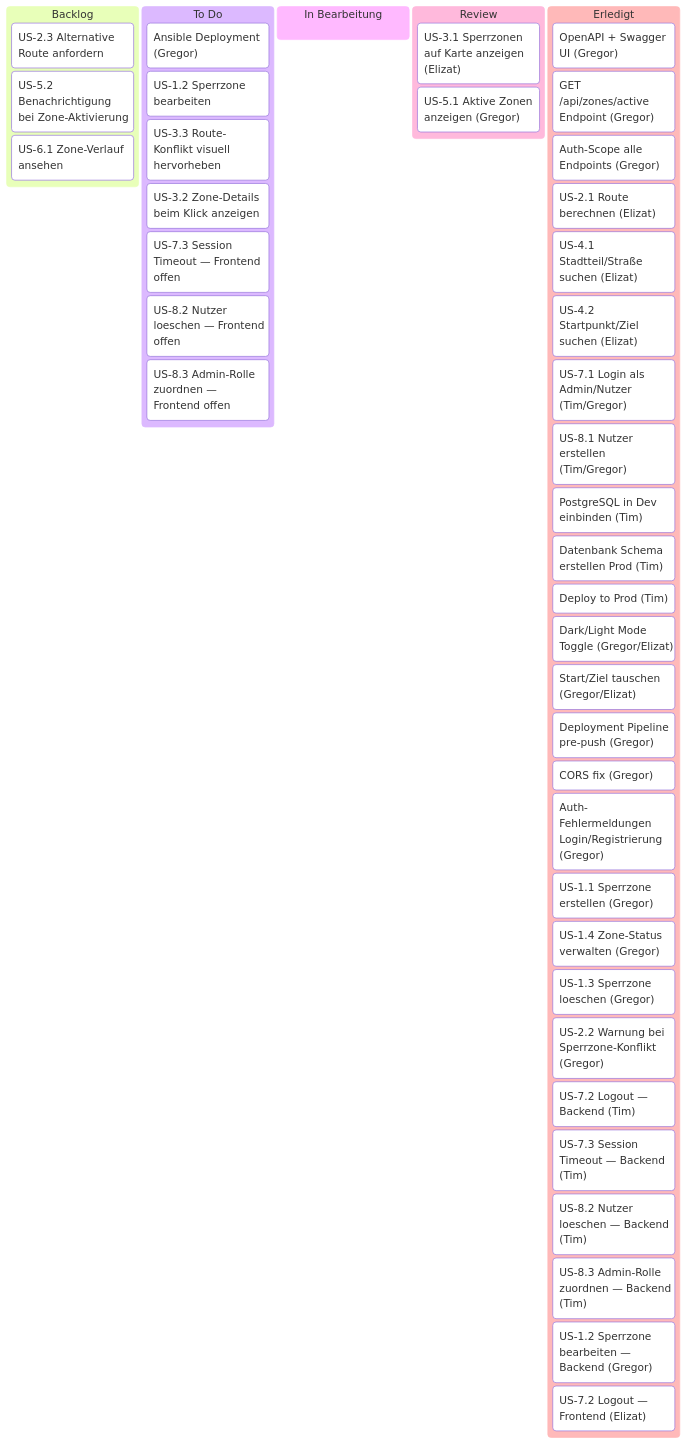
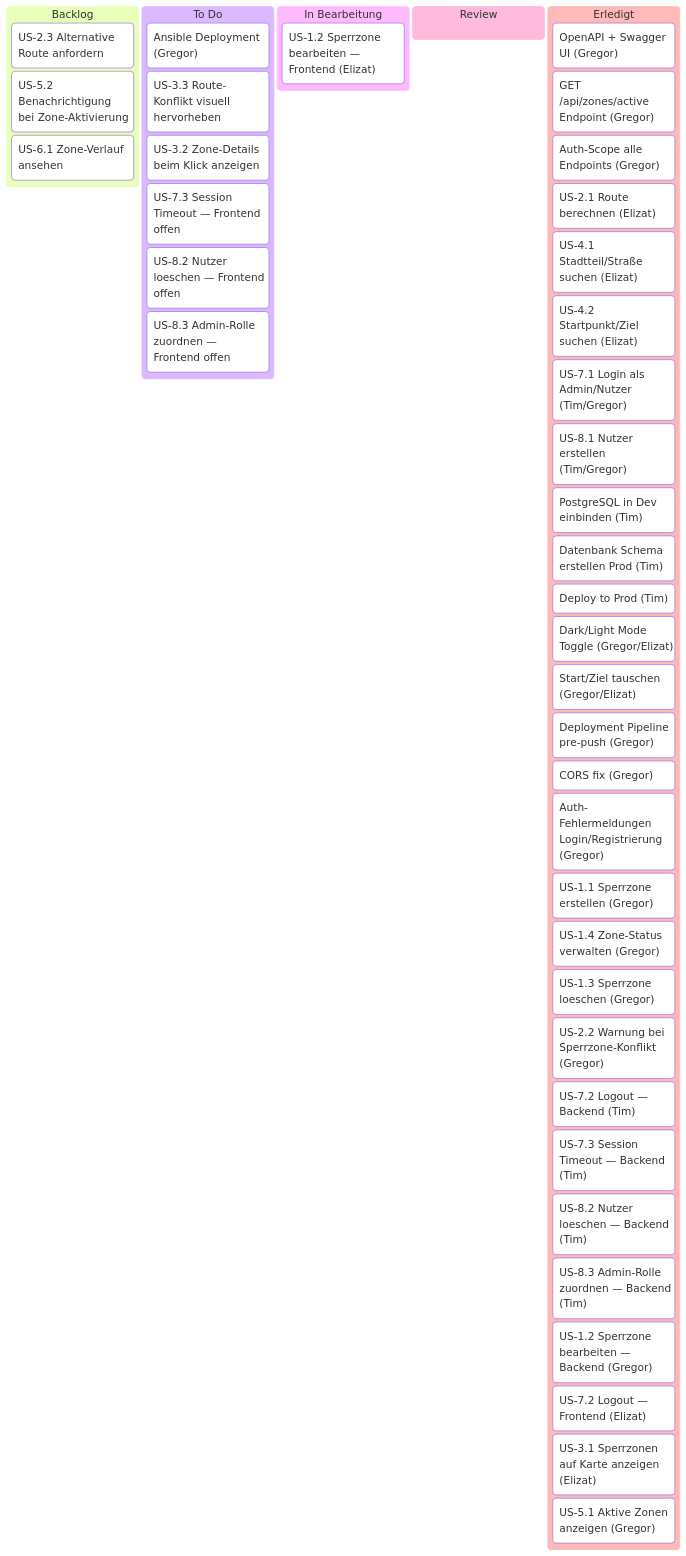
One commit to g8rdier/urban-flow-governance changed the diagram in docs/project/PLAN.md. Above: the diagram before and after it, drawn with Mermaid.

Commit message:
docs: update kanban — US-1.2 in progress, US-3.1/5.1 done

````diff
--- a/docs/project/PLAN.md
+++ b/docs/project/PLAN.md
@@ -15,55 +15,55 @@
 ```mermaid
 ---
 config:
   kanban:
     ticketBaseUrl: ''
 ---
 kanban
   Backlog
     b1[US-2.3 Alternative Route anfordern]
     b3[US-5.2 Benachrichtigung bei Zone-Aktivierung]
     b4[US-6.1 Zone-Verlauf ansehen]
 
   ToDo[To Do]
     t0["Ansible Deployment (Gregor)"]
-    t1["US-1.2 Sperrzone bearbeiten"]
     t2[US-3.3 Route-Konflikt visuell hervorheben]
     t3[US-3.2 Zone-Details beim Klick anzeigen]
     t5["US-7.3 Session Timeout — Frontend offen"]
     t6["US-8.2 Nutzer loeschen — Frontend offen"]
     t7["US-8.3 Admin-Rolle zuordnen — Frontend offen"]
 
   InProgress[In Bearbeitung]
+    i1["US-1.2 Sperrzone bearbeiten — Frontend (Elizat)"]
 
   Review
-    p3["US-3.1 Sperrzonen auf Karte anzeigen (Elizat)"]
-    p4["US-5.1 Aktive Zonen anzeigen (Gregor)"]
 
   Erledigt
     d1["OpenAPI + Swagger UI (Gregor)"]
     d2["GET /api/zones/active Endpoint (Gregor)"]
     d3["Auth-Scope alle Endpoints (Gregor)"]
     d4["US-2.1 Route berechnen (Elizat)"]
     d5["US-4.1 Stadtteil/Straße suchen (Elizat)"]
     d6["US-4.2 Startpunkt/Ziel suchen (Elizat)"]
     r4["US-7.1 Login als Admin/Nutzer (Tim/Gregor)"]
     r7["US-8.1 Nutzer erstellen (Tim/Gregor)"]
     p5["PostgreSQL in Dev einbinden (Tim)"]
     t7["Datenbank Schema erstellen Prod (Tim)"]
     t8["Deploy to Prod (Tim)"]
     d7["Dark/Light Mode Toggle (Gregor/Elizat)"]
     d8["Start/Ziel tauschen (Gregor/Elizat)"]
     d9["Deployment Pipeline pre-push (Gregor)"]
     d10["CORS fix (Gregor)"]
     d11["Auth-Fehlermeldungen Login/Registrierung (Gregor)"]
     p1["US-1.1 Sperrzone erstellen (Gregor)"]
     p2["US-1.4 Zone-Status verwalten (Gregor)"]
     r2["US-1.3 Sperrzone loeschen (Gregor)"]
     r3["US-2.2 Warnung bei Sperrzone-Konflikt (Gregor)"]
     e1["US-7.2 Logout — Backend (Tim)"]
     e2["US-7.3 Session Timeout — Backend (Tim)"]
     e3["US-8.2 Nutzer loeschen — Backend (Tim)"]
     e4["US-8.3 Admin-Rolle zuordnen — Backend (Tim)"]
     e5["US-1.2 Sperrzone bearbeiten — Backend (Gregor)"]
     e6["US-7.2 Logout — Frontend (Elizat)"]
+    e7["US-3.1 Sperrzonen auf Karte anzeigen (Elizat)"]
+    e8["US-5.1 Aktive Zonen anzeigen (Gregor)"]
 ```
````
